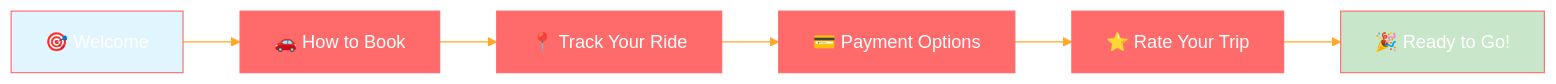
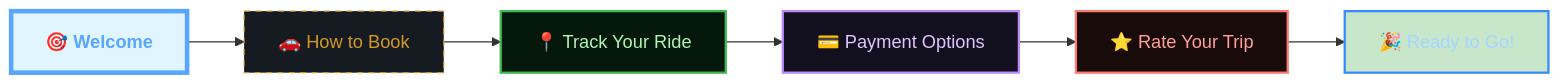
The third of 19 diagrams in docs/user-journeys/passenger-flow.md (abdoElHodaky/transportapp), drawn with Mermaid before and after one commit. The commit also changed other lines of this file and 9 other files, not shown here.

````diff
--- a/docs/user-journeys/passenger-flow.md
+++ b/docs/user-journeys/passenger-flow.md
@@ -106,12 +164,38 @@
 ```mermaid
-%%{init: {'theme':'base', 'themeVariables': {'primaryColor':'#ff6b6b','primaryTextColor':'#fff','primaryBorderColor':'#ff6b6b','lineColor':'#ffa726','sectionBkgColor':'#ff6b6b','altSectionBkgColor':'#fff','gridColor':'#fff','secondaryColor':'#006100','tertiaryColor':'#fff'}}}%%
 graph LR
     A[🎯 Welcome] --> B[🚗 How to Book]
     B --> C[📍 Track Your Ride]
     C --> D[💳 Payment Options]
     D --> E[⭐ Rate Your Trip]
     E --> F[🎉 Ready to Go!]
     
     style A fill:#e1f5fe
     style F fill:#c8e6c9
+
+    %% --- DARK GRADIENT & GLOW STYLING ---
+    
+    %% Main Dashboard (Neon Cyan/Blue)
+    classDef main fill:#0d1117,stroke:#58a6ff,stroke-width:4px,color:#58a6ff,font-weight:bold;
+    
+    %% Decision Diamond (Gold Glow)
+    classDef decision fill:#161b22,stroke:#d29922,color:#d29922,stroke-dasharray: 5 5;
+    
+    %% Revenue (Emerald Gradient Style)
+    classDef revNode fill:#04190b,stroke:#3fb950,color:#aff5b4,stroke-width:2px;
+    
+    %% Commission (Purple Gradient Style)
+    classDef commNode fill:#12101e,stroke:#bc8cff,color:#e2c5ff,stroke-width:2px;
+    
+    %% Refund (Ruby Gradient Style)
+    classDef refNode fill:#1a0b0b,stroke:#ff7b72,color:#ffa198,stroke-width:2px;
+    
+    %% Earnings (Sapphire Gradient Style)
+    classDef earnNode fill:#051221,stroke:#388bfd,color:#a5d6ff,stroke-width:2px;
+
+    class A main;
+    class B decision;
+    class C revNode;
+    class D commNode;
+    class E refNode;
+    class F earnNode;
 ```
````
